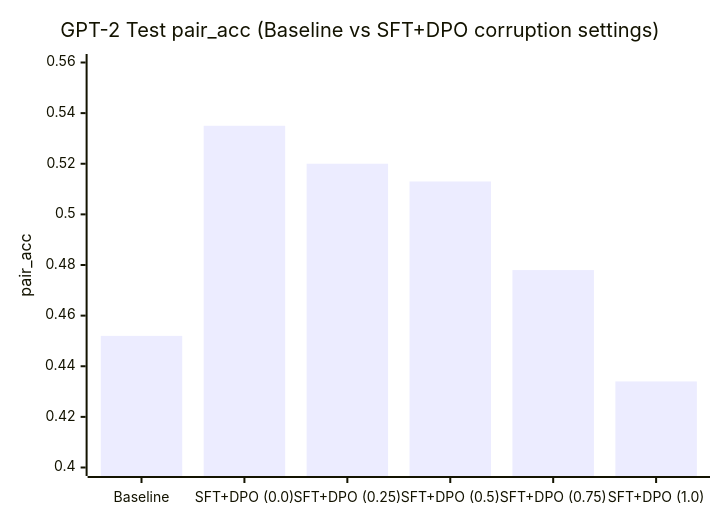
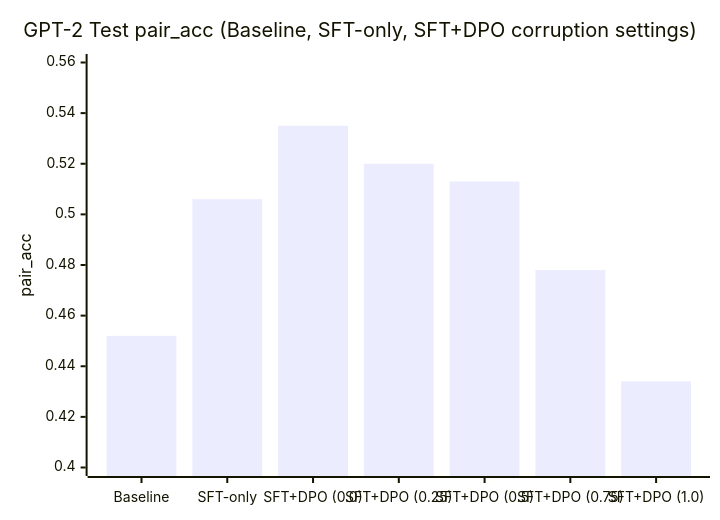
One commit to ethanlou36/implicit_finetuning changed the first of 2 diagrams in README.md. Above: the diagram before and after it, drawn with Mermaid. The commit also changed other lines of this file, not shown here.

````diff
--- a/README.md
+++ b/README.md
@@ -125,7 +127,7 @@
 ```mermaid
 xychart-beta
-    title "GPT-2 Test pair_acc (Baseline vs SFT+DPO corruption settings)"
-    x-axis ["Baseline", "SFT+DPO (0.0)", "SFT+DPO (0.25)", "SFT+DPO (0.5)", "SFT+DPO (0.75)", "SFT+DPO (1.0)"]
+    title "GPT-2 Test pair_acc (Baseline, SFT-only, SFT+DPO corruption settings)"
+    x-axis ["Baseline", "SFT-only", "SFT+DPO (0.0)", "SFT+DPO (0.25)", "SFT+DPO (0.5)", "SFT+DPO (0.75)", "SFT+DPO (1.0)"]
     y-axis "pair_acc" 0.40 --> 0.56
-    bar [0.452, 0.535, 0.520, 0.513, 0.478, 0.434]
+    bar [0.452, 0.506, 0.535, 0.520, 0.513, 0.478, 0.434]
 ```
````
